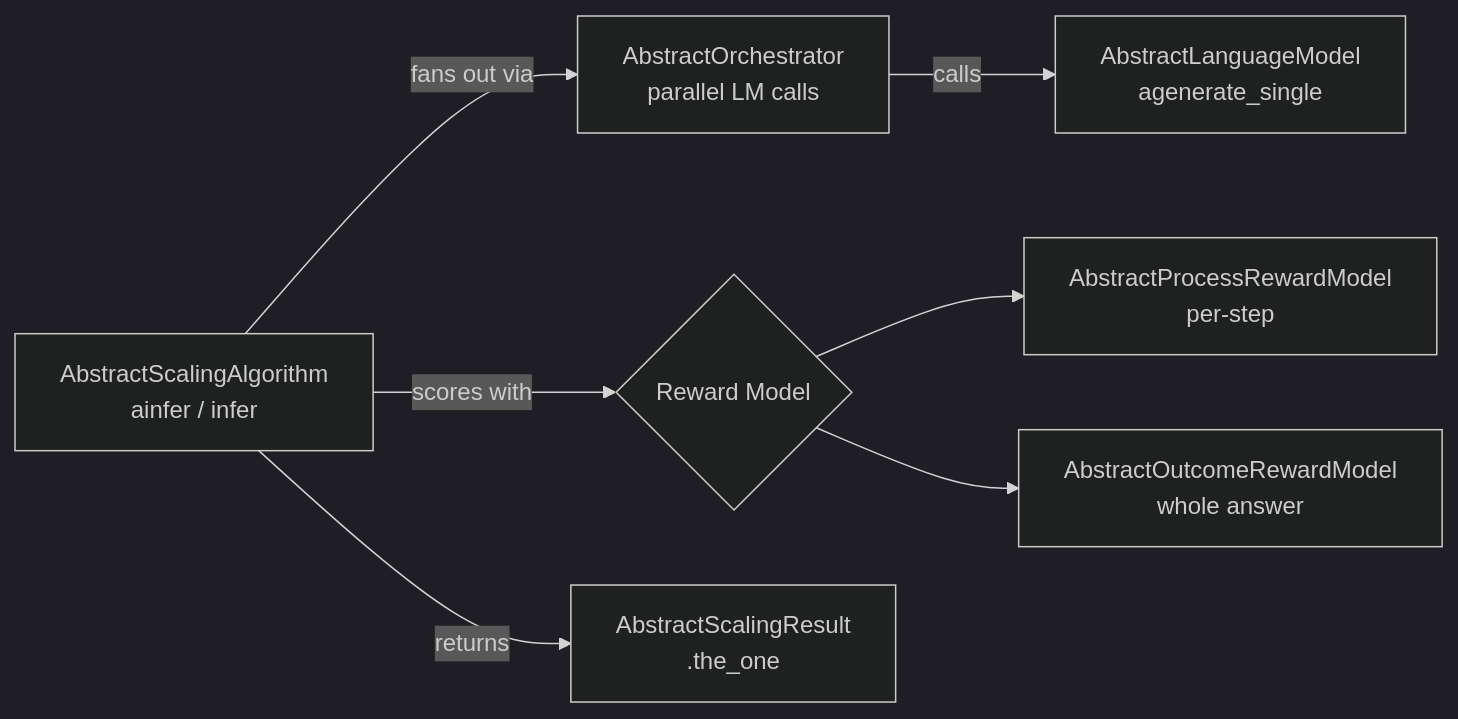
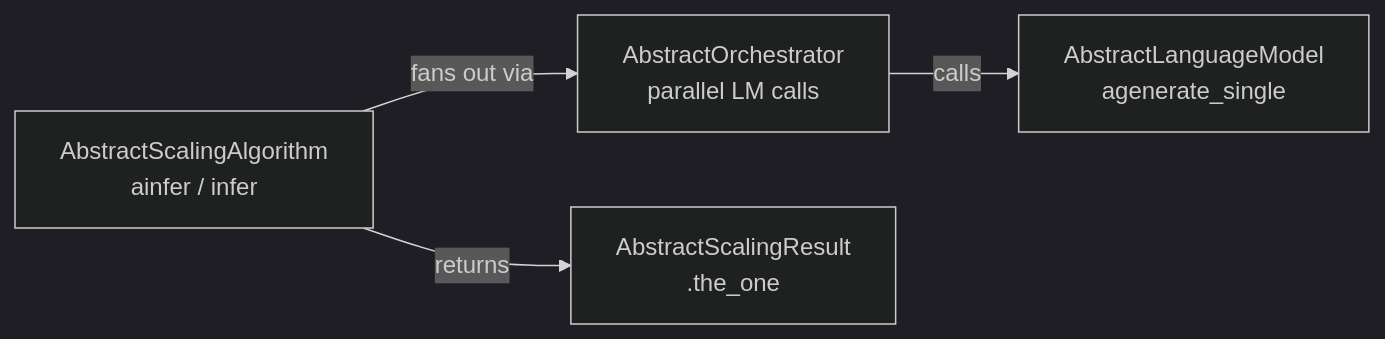
The diagram in documentation/02-architecture.md (Red-Hat-AI-Innovation-Team/its_hub), drawn with Mermaid (dark theme) before and after one commit. The commit also changed other lines of this file and 121 other files, not shown here.

````diff
--- a/documentation/02-architecture.md
+++ b/documentation/02-architecture.md
@@ -43,9 +42,6 @@
 ```mermaid
 flowchart LR
     A[AbstractScalingAlgorithm<br/>ainfer / infer] -->|fans out via| O[AbstractOrchestrator<br/>parallel LM calls]
     O -->|calls| LM[AbstractLanguageModel<br/>agenerate_single]
-    A -->|scores with| RM{Reward Model}
-    RM --> PRM[AbstractProcessRewardModel<br/>per-step]
-    RM --> ORM[AbstractOutcomeRewardModel<br/>whole answer]
     A -->|returns| R[AbstractScalingResult<br/>.the_one]
 ```
````
